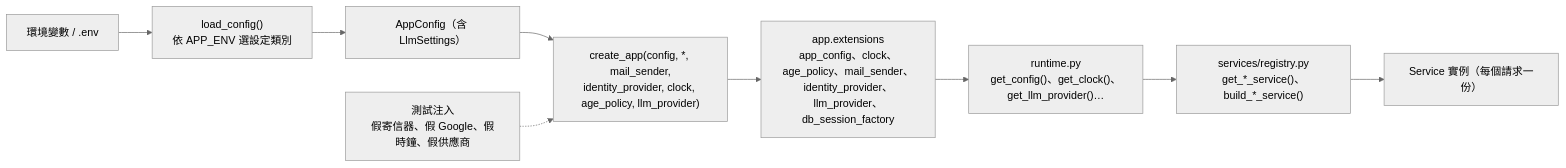
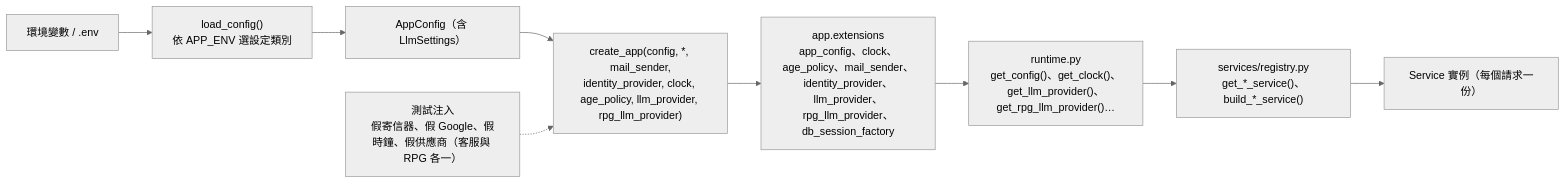
The fourth of 4 diagrams in docs/系統架構-architecture.md (pp466pp466/R.A.C), drawn with Mermaid (neutral theme) before and after one commit. The commit also changed other lines of this file and 25 other files, not shown here.

First line of the commit message:
新增 RPG 用途的 OpenAI 相容端點與等級 3 環境開關（openai-compatible-provider）

````diff
--- a/docs/系統架構-architecture.md
+++ b/docs/系統架構-architecture.md
@@ -133,11 +133,11 @@
 ```mermaid
 flowchart LR
     Env["環境變數 / .env"] --> Load["load_config()<br/>依 APP_ENV 選設定類別"]
     Load --> Cfg["AppConfig（含 LlmSettings）"]
-    Cfg --> Factory["create_app(config, *, mail_sender,<br/>identity_provider, clock, age_policy, llm_provider)"]
-    Test["測試注入<br/>假寄信器、假 Google、假時鐘、假供應商"] -.-> Factory
-    Factory --> Ext["app.extensions<br/>app_config、clock、age_policy、mail_sender、<br/>identity_provider、llm_provider、db_session_factory"]
-    Ext --> Runtime["runtime.py<br/>get_config()、get_clock()、get_llm_provider()…"]
+    Cfg --> Factory["create_app(config, *, mail_sender,<br/>identity_provider, clock, age_policy, llm_provider, rpg_llm_provider)"]
+    Test["測試注入<br/>假寄信器、假 Google、假時鐘、假供應商（客服與 RPG 各一）"] -.-> Factory
+    Factory --> Ext["app.extensions<br/>app_config、clock、age_policy、mail_sender、<br/>identity_provider、llm_provider、rpg_llm_provider、db_session_factory"]
+    Ext --> Runtime["runtime.py<br/>get_config()、get_clock()、get_llm_provider()、get_rpg_llm_provider()…"]
     Runtime --> Registry["services/registry.py<br/>get_*_service()、build_*_service()"]
     Registry --> Services["Service 實例（每個請求一份）"]
 ```
````
